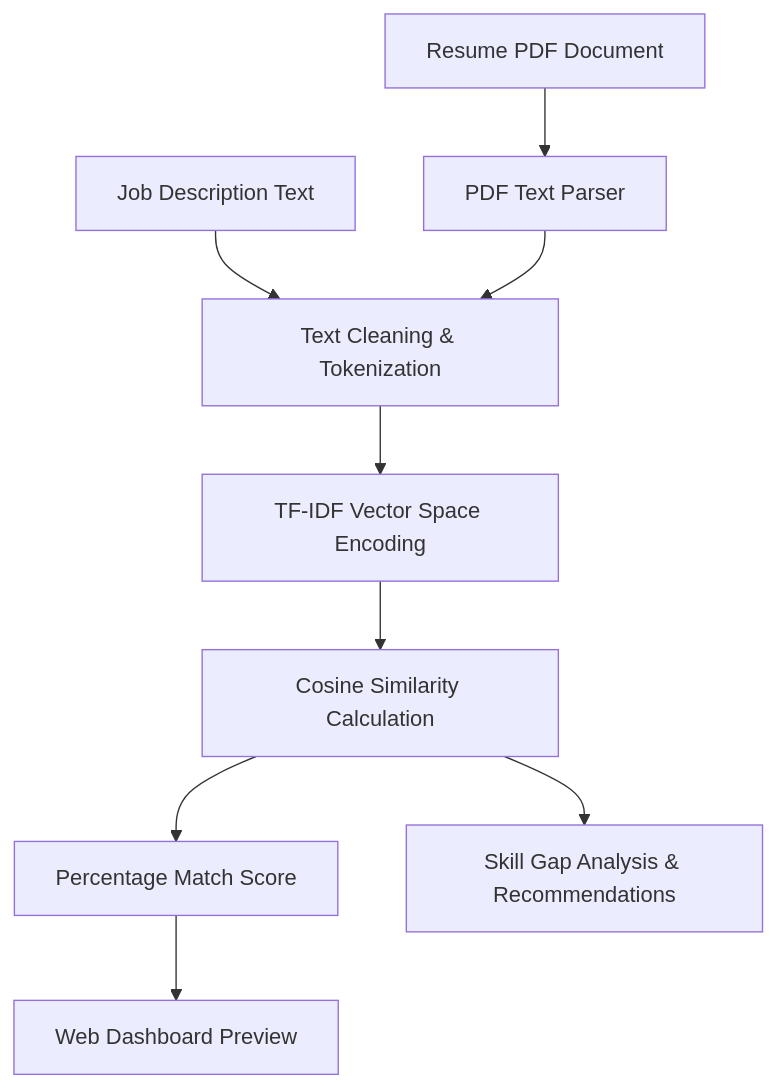
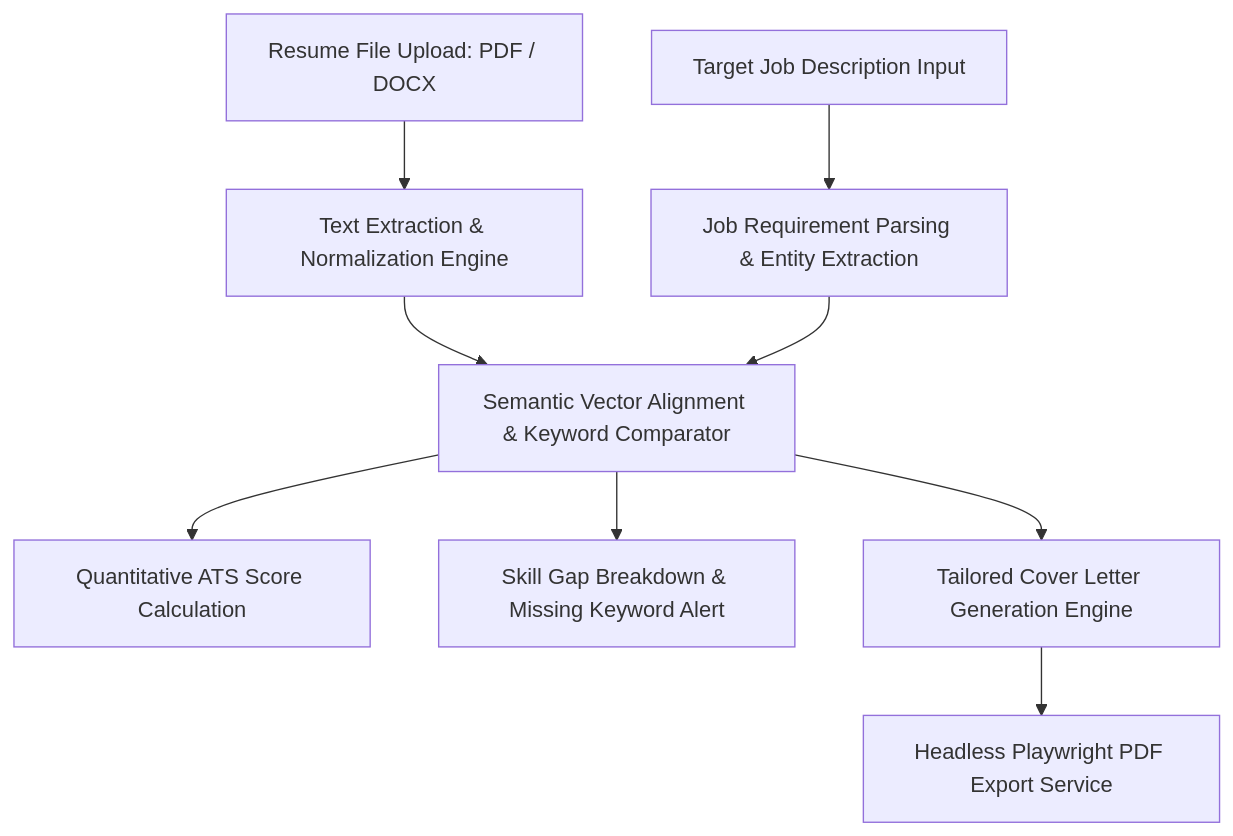
Before and after one commit to sohailahmed-bsrh/job-analyzer: the diagram in README.md, drawn with Mermaid. The commit also changed other lines of this file, not shown here.

Commit message:
docs: deploy visual showcase README with screenshot galleries and architecture specifications

````diff
--- a/README.md
+++ b/README.md
@@ -30,11 +48,11 @@
 ```mermaid
 flowchart TD
-    Resume[Resume PDF Document] --> TextParse[PDF Text Parser]
-    JD[Job Description Text] --> Clean[Text Cleaning & Tokenization]
-    TextParse --> Clean
-    Clean --> TFIDF[TF-IDF Vector Space Encoding]
-    TFIDF --> Similarity[Cosine Similarity Calculation]
-    Similarity --> Match[Percentage Match Score]
-    Similarity --> Gap[Skill Gap Analysis & Recommendations]
-    Match --> UI[Web Dashboard Preview]
+    A[Resume File Upload: PDF / DOCX] --> B[Text Extraction & Normalization Engine]
+    C[Target Job Description Input] --> D[Job Requirement Parsing & Entity Extraction]
+    B --> E[Semantic Vector Alignment & Keyword Comparator]
+    D --> E
+    E --> F[Quantitative ATS Score Calculation]
+    E --> G[Skill Gap Breakdown & Missing Keyword Alert]
+    E --> H[Tailored Cover Letter Generation Engine]
+    H --> I[Headless Playwright PDF Export Service]
 ```
````
